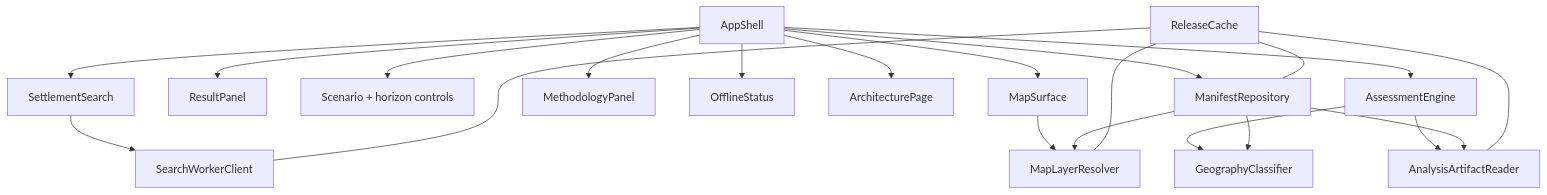
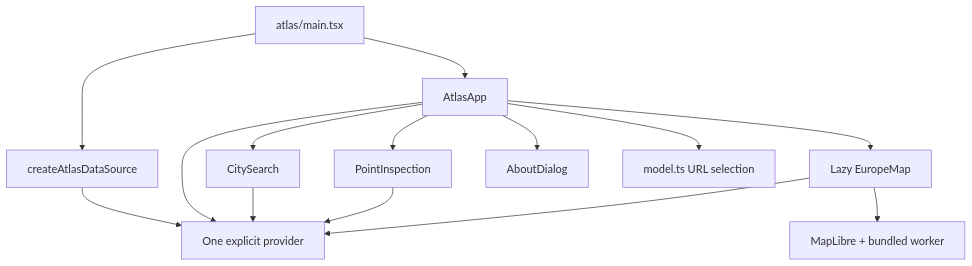
Before and after one commit to artemsemdev/SeaRise-Europe: the diagram in docs/architecture/03a-frontend-architecture.md, drawn with Mermaid. The commit also changed other lines of this file, not shown here.

Commit message:
docs(architecture): map frontend views to implemented components

````diff
--- a/docs/architecture/03a-frontend-architecture.md
+++ b/docs/architecture/03a-frontend-architecture.md
@@ -61,40 +39,13 @@
 ```mermaid
 flowchart TD
-    Shell[AppShell]
-    Search[SettlementSearch]
-    Results[ResultPanel]
-    Controls[Scenario + horizon controls]
-    Map[MapSurface]
-    Method[MethodologyPanel]
-    Offline[OfflineStatus]
-    About[ArchitecturePage]
-
-    Manifest[ManifestRepository]
-    SearchClient[SearchWorkerClient]
-    Assessor[AssessmentEngine]
-    Geometry[GeographyClassifier]
-    Raster[AnalysisArtifactReader]
-    MapData[MapLayerResolver]
-    Cache[ReleaseCache]
-
-    Shell --> Search
-    Shell --> Results
-    Shell --> Controls
-    Shell --> Map
-    Shell --> Method
-    Shell --> Offline
-    Shell --> About
-    Search --> SearchClient
-    Shell --> Manifest
-    Shell --> Assessor
-    Assessor --> Geometry
-    Assessor --> Raster
-    Map --> MapData
-    Manifest --> Geometry
-    Manifest --> Raster
-    Manifest --> MapData
-    Cache --- Manifest
-    Cache --- SearchClient
-    Cache --- Raster
-    Cache --- MapData
+    Entry[atlas/main.tsx] --> Factory[createAtlasDataSource]
+    Entry --> App[AtlasApp]
+    Factory --> Provider[One explicit provider]
+    App --> Search[CitySearch]
+    App --> Point[PointInspection]
+    App --> Map[Lazy EuropeMap]
+    App --> About[AboutDialog]
+    App --> Model[model.ts URL selection]
+    App & Search & Point & Map --> Provider
+    Map --> Runtime[MapLibre + bundled worker]
 ```
````
